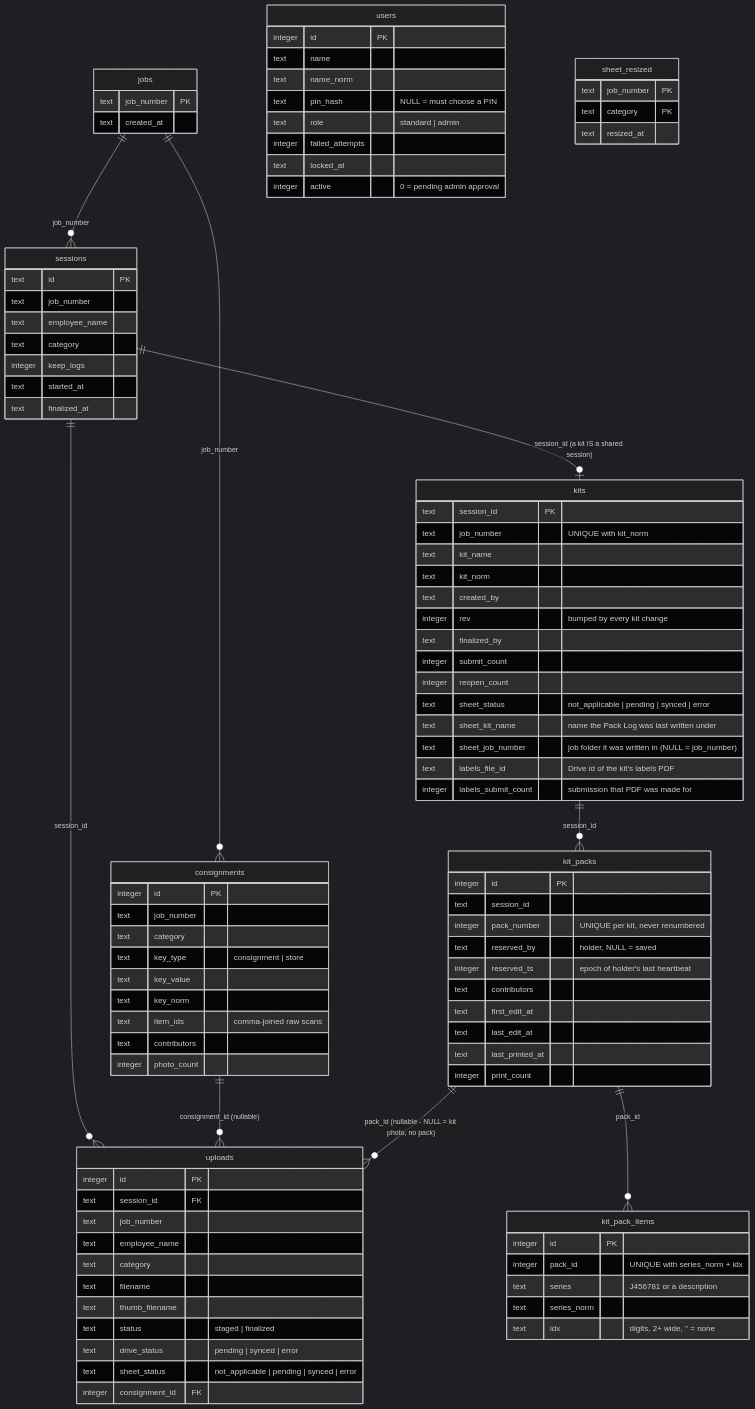
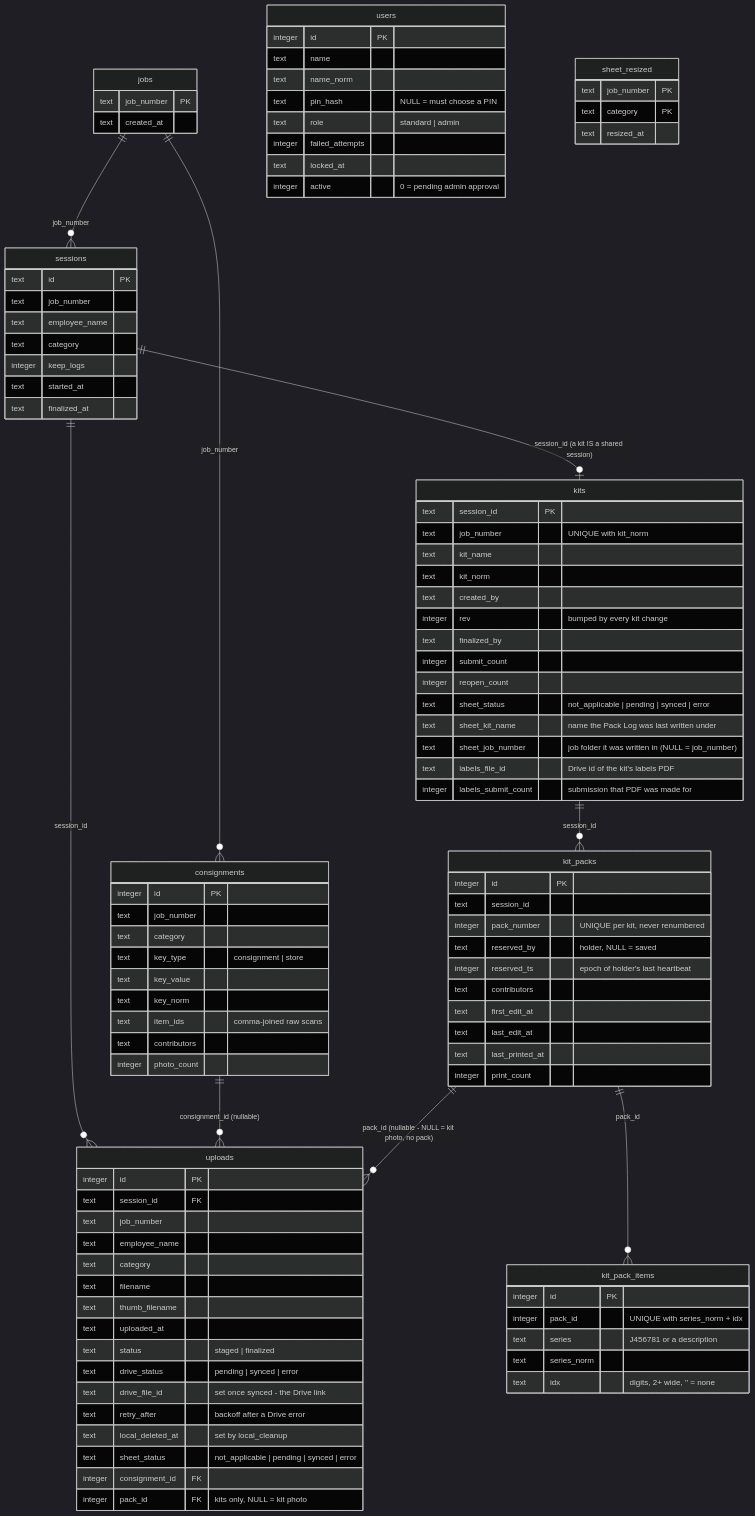
Before and after one commit to nesubat/Campaign-Photo-Portal: the seventh of 7 diagrams in CODE_GUIDE.md, drawn with Mermaid (dark theme). The commit also changed other lines of this file and 2 other files, not shown here.

```diff
--- a/CODE_GUIDE.md
+++ b/CODE_GUIDE.md
@@ -619,10 +693,15 @@
         text category
         text filename
         text thumb_filename
+        text uploaded_at
         text status "staged | finalized"
         text drive_status "pending | synced | error"
+        text drive_file_id "set once synced - the Drive link"
+        text retry_after "backoff after a Drive error"
+        text local_deleted_at "set by local_cleanup"
         text sheet_status "not_applicable | pending | synced | error"
         integer consignment_id FK
+        integer pack_id FK "kits only, NULL = kit photo"
     }
     consignments {
         integer id PK
```
